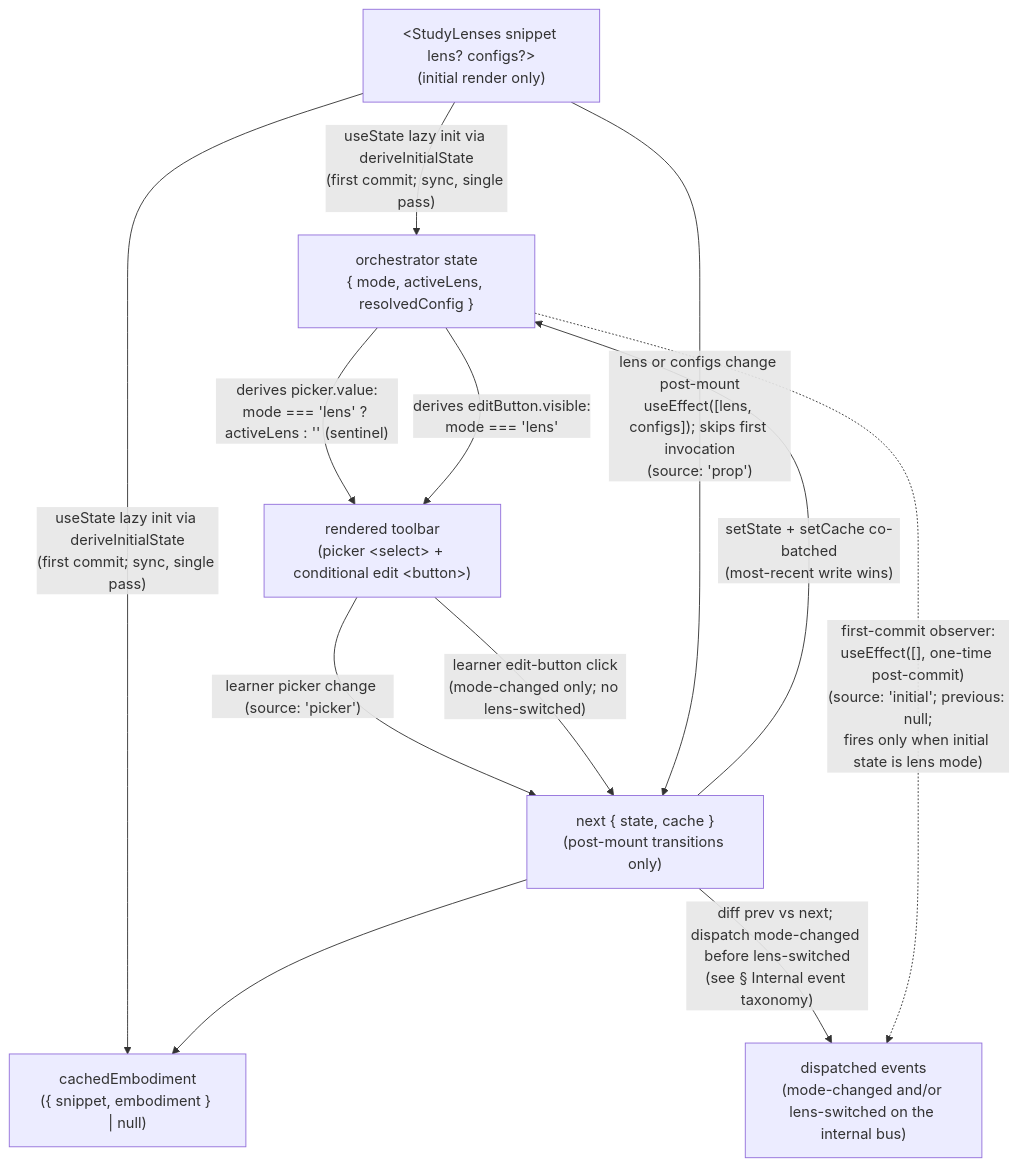
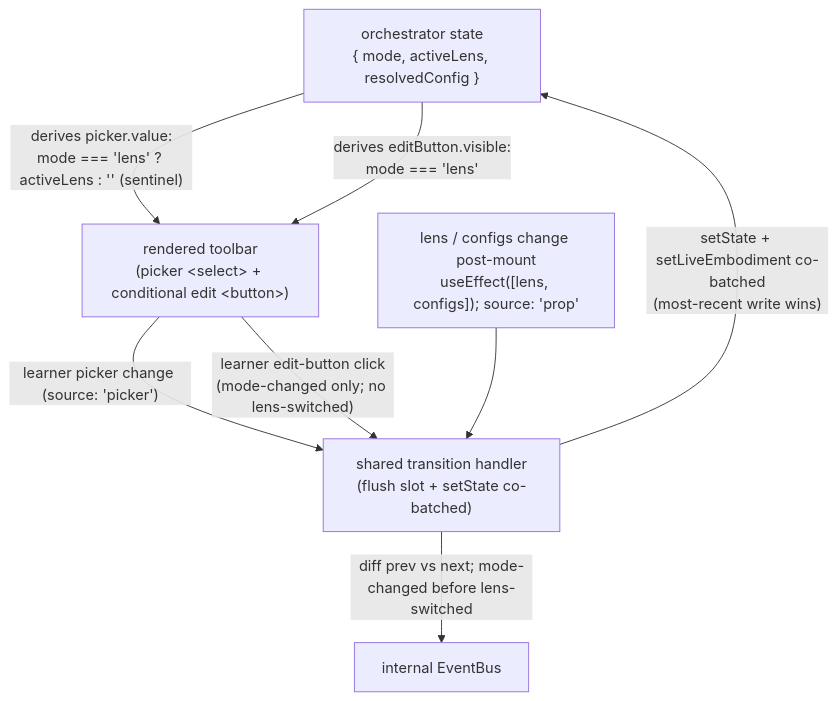
Before and after one commit to codeschoolinabox/curricula: the sixth of 9 diagrams in src/lib/just-enough/javascript/orchestrate/DOCS.md, drawn with Mermaid. The commit also changed other lines of this file and 7 other files, not shown here.

````diff
--- a/src/lib/just-enough/javascript/orchestrate/DOCS.md
+++ b/src/lib/just-enough/javascript/orchestrate/DOCS.md
@@ -352,25 +410,15 @@
 ```mermaid
 flowchart TD
-    Props["&lt;StudyLenses snippet lens? configs?&gt;<br/>(initial render only)"]
     State["orchestrator state<br/>{ mode, activeLens, resolvedConfig }"]
-    Cache["cachedEmbodiment<br/>({ snippet, embodiment } | null)"]
-
-    Props -->|"useState lazy init via deriveInitialState<br/>(first commit; sync, single pass)"| State
-    Props -->|"useState lazy init via deriveInitialState<br/>(first commit; sync, single pass)"| Cache
-
     RenderedToolbar["rendered toolbar<br/>(picker &lt;select&gt; + conditional edit &lt;button&gt;)"]
     State -->|"derives picker.value:<br/>mode === 'lens' ? activeLens : '' (sentinel)"| RenderedToolbar
     State -->|"derives editButton.visible:<br/>mode === 'lens'"| RenderedToolbar
 
-    NextStateCache["next { state, cache }<br/>(post-mount transitions only)"]
-    RenderedToolbar -->|"learner picker change (source: 'picker')"| NextStateCache
-    RenderedToolbar -->|"learner edit-button click<br/>(mode-changed only; no lens-switched)"| NextStateCache
-    Props -->|"lens or configs change post-mount<br/>useEffect([lens, configs]); skips first invocation<br/>(source: 'prop')"| NextStateCache
+    Transition["shared transition handler<br/>(flush slot + setState co-batched)"]
+    RenderedToolbar -->|"learner picker change (source: 'picker')"| Transition
+    RenderedToolbar -->|"learner edit-button click<br/>(mode-changed only; no lens-switched)"| Transition
+    PropChange["lens / configs change post-mount<br/>useEffect([lens, configs]); source: 'prop'"] --> Transition
 
-    NextStateCache -->|"setState + setCache co-batched<br/>(most-recent write wins)"| State
-    NextStateCache --> Cache
-
-    DispatchedEvents["dispatched events<br/>(mode-changed and/or lens-switched on the internal bus)"]
-    NextStateCache -->|"diff prev vs next; dispatch mode-changed before lens-switched<br/>(see &sect; Internal event taxonomy)"| DispatchedEvents
-    State -.->|"first-commit observer:<br/>useEffect([], one-time post-commit)<br/>(source: 'initial'; previous: null;<br/>fires only when initial state is lens mode)"| DispatchedEvents
+    Transition -->|"setState + setLiveEmbodiment co-batched<br/>(most-recent write wins)"| State
+    Transition -->|"diff prev vs next; mode-changed before lens-switched"| Bus["internal EventBus"]
 ```
````
